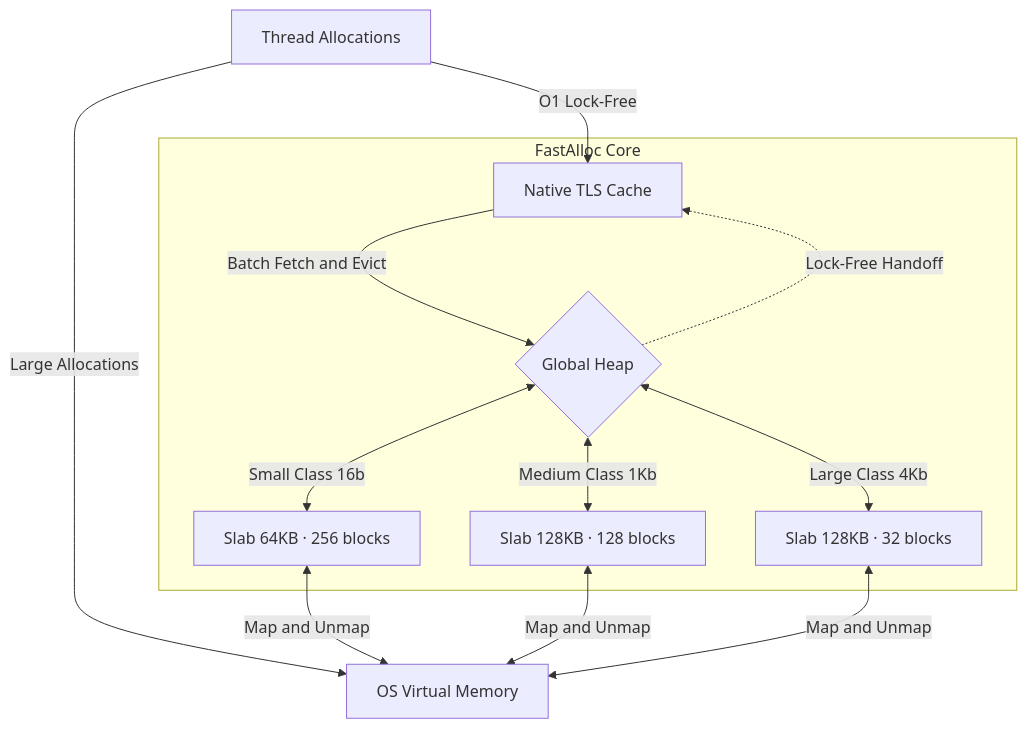
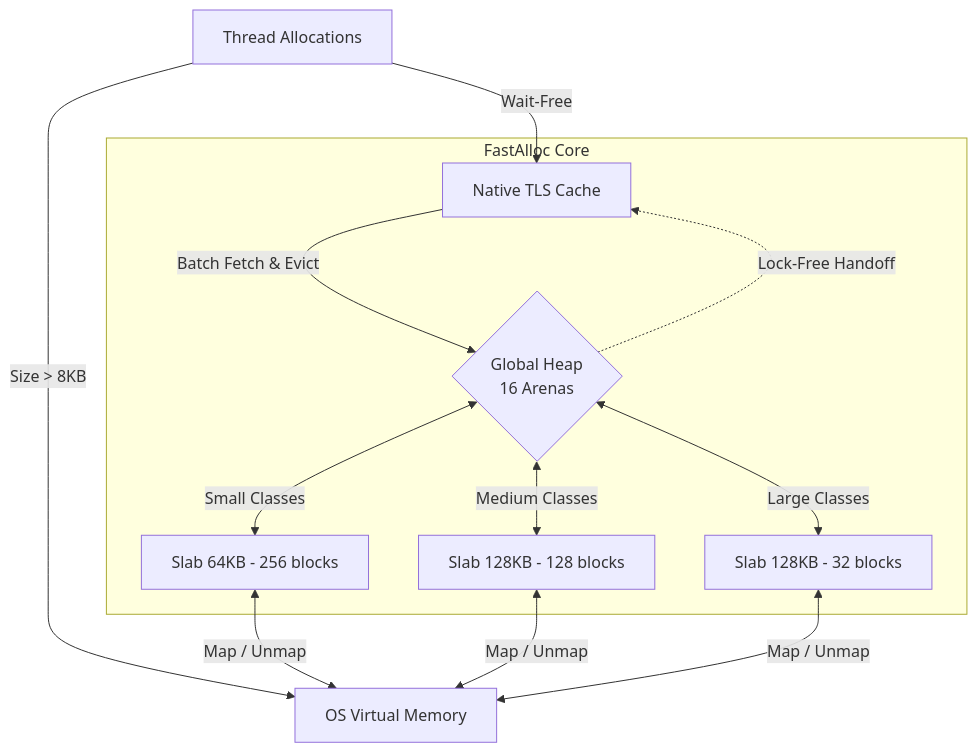
The diagram in README.md (Komal-ai417/FastAlloc), drawn with Mermaid before and after one commit. The commit also changed other lines of this file, not shown here.

````diff
--- a/README.md
+++ b/README.md
@@ -26,18 +29,18 @@
 ```mermaid
 flowchart TD
-    User[Thread Allocations] -->|O1 Lock-Free| TLS[Native TLS Cache]
-    User -->|Large Allocations| OS
+    User[Thread Allocations] -->|Wait-Free| TLS[Native TLS Cache]
+    User -->|Size > 8KB| OS
     
     subgraph FastAlloc Core
-        TLS -->|Batch Fetch and Evict| GH{Global Heap}
+        TLS -->|Batch Fetch & Evict| GH{Global Heap\n16 Arenas}
         GH -.->|Lock-Free Handoff| TLS
         
-        GH <-->|Small Class 16b| S1[Slab 64KB · 256 blocks]
-        GH <-->|Medium Class 1Kb| S2[Slab 128KB · 128 blocks]
-        GH <-->|Large Class 4Kb| S3[Slab 128KB · 32 blocks]
+        GH <-->|Small Classes| S1[Slab 64KB - 256 blocks]
+        GH <-->|Medium Classes| S2[Slab 128KB - 128 blocks]
+        GH <-->|Large Classes| S3[Slab 128KB - 32 blocks]
     end
     
-    S1 <-->|Map and Unmap| OS[OS Virtual Memory]
-    S2 <-->|Map and Unmap| OS
-    S3 <-->|Map and Unmap| OS
+    S1 <-->|Map / Unmap| OS[OS Virtual Memory]
+    S2 <-->|Map / Unmap| OS
+    S3 <-->|Map / Unmap| OS
 ```
````
